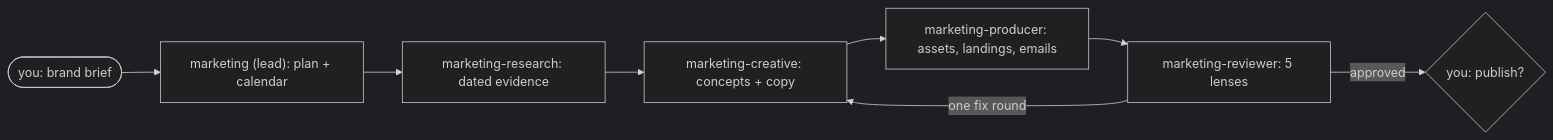
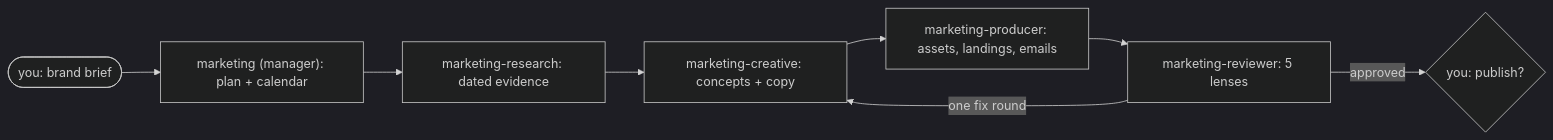
The second of 4 diagrams in README.md (PuntoyComaTech/hermes-agent-squads), drawn with Mermaid (dark theme) before and after one commit. The commit also changed other lines of this file and 87 other files, not shown here.

````diff
--- a/README.md
+++ b/README.md
@@ -70,10 +71,10 @@
 ```mermaid
 flowchart LR
-    U([you: brand brief]) --> L["marketing (lead): plan + calendar"]
+    U([you: brand brief]) --> L["marketing (manager): plan + calendar"]
     L --> R["marketing-research: dated evidence"]
     R --> C["marketing-creative: concepts + copy"]
     C --> P["marketing-producer: assets, landings, emails"]
     P --> V["marketing-reviewer: 5 lenses"]
     V -->|one fix round| C
     V -->|approved| A{"you: publish?"}
 ```
````
